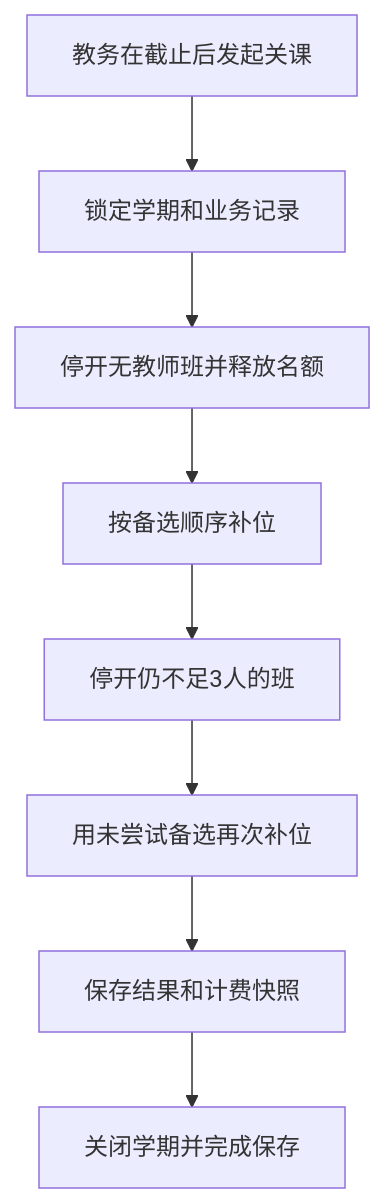
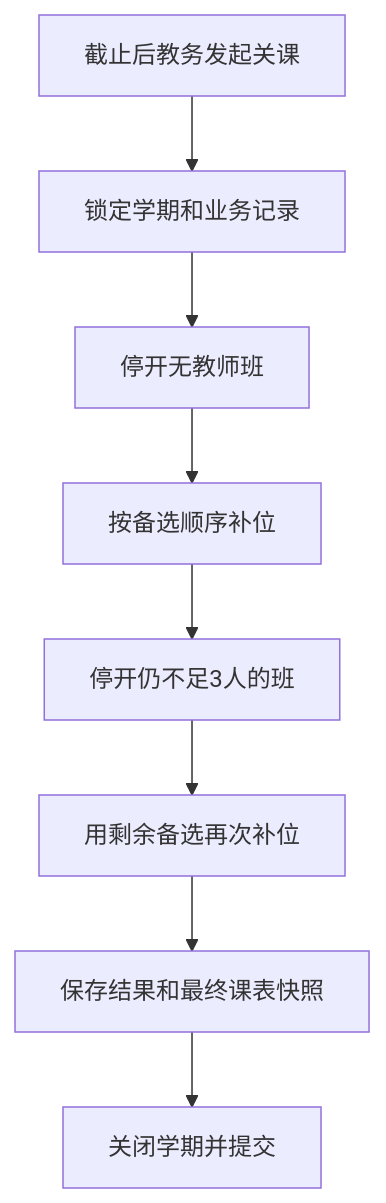
Before and after one commit to jwe148/-: the third of 3 diagrams in 课程注册系统设计文档.md, drawn with Mermaid. The commit also changed other lines of this file and 6 other files, not shown here.

````diff
--- a/课程注册系统设计文档.md
+++ b/课程注册系统设计文档.md
@@ -124,10 +133,10 @@
 ```mermaid
 flowchart TD
-    A[教务在截止后发起关课] --> B[锁定学期和业务记录]
-    B --> C[停开无教师班并释放名额]
+    A[截止后教务发起关课] --> B[锁定学期和业务记录]
+    B --> C[停开无教师班]
     C --> D[按备选顺序补位]
     D --> E[停开仍不足3人的班]
-    E --> F[用未尝试备选再次补位]
-    F --> G[保存结果和计费快照]
-    G --> H[关闭学期并完成保存]
+    E --> F[用剩余备选再次补位]
+    F --> G[保存结果和最终课表快照]
+    G --> H[关闭学期并提交]
 ```
````
